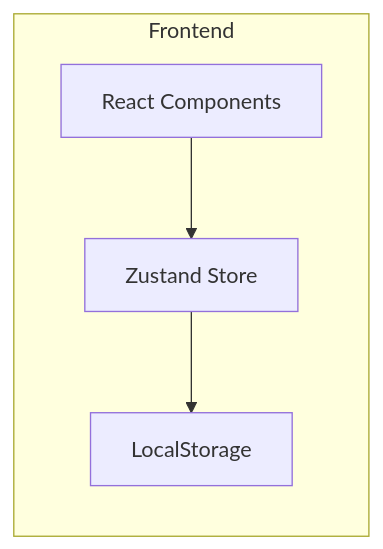
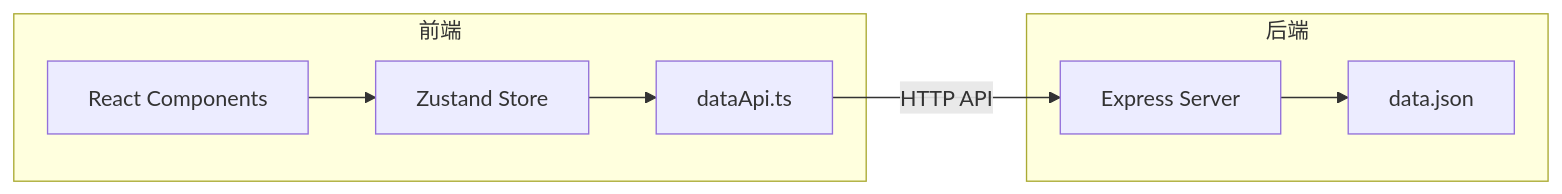
One commit to John96-Luo/asset-management-system changed the first of 4 diagrams in .trae/documents/tech_arch.md. Above: the diagram before and after it, drawn with Mermaid. The commit also changed other lines of this file and 1 other file, not shown here.

````diff
--- a/.trae/documents/tech_arch.md
+++ b/.trae/documents/tech_arch.md
@@ -2,7 +2,11 @@
 ```mermaid
 flowchart LR
-    subgraph Frontend
+    subgraph Frontend [前端]
         A[React Components] --> B[Zustand Store]
-        B --> C[LocalStorage]
+        B --> C[dataApi.ts]
     end
+    subgraph Backend [后端]
+        D[Express Server] --> E[data.json]
+    end
+    C -->|HTTP API| D
 ```
````
